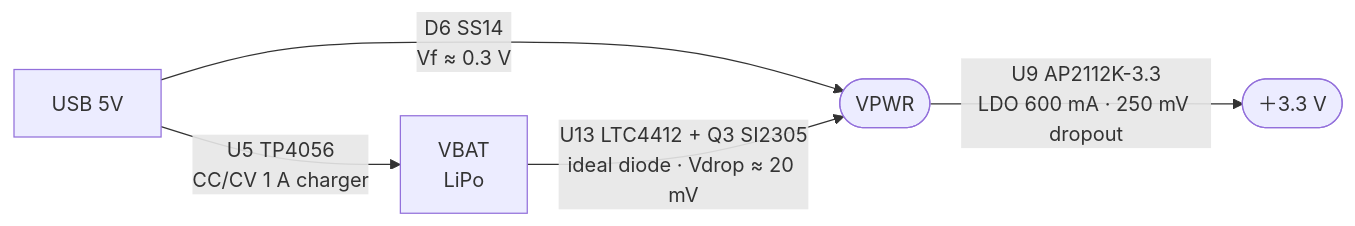
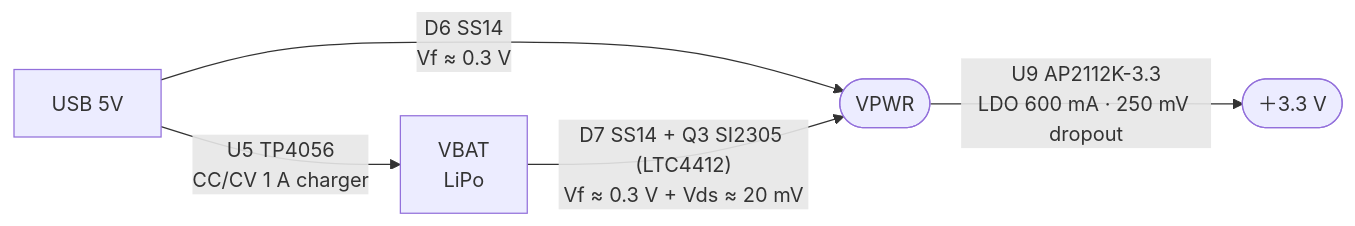
One commit to yvolodym/esp32-controller changed the third of 3 diagrams in CLAUDE.md. Above: the diagram before and after it, drawn with Mermaid. The commit also changed other lines of this file and 1 other file, not shown here.

````diff
--- a/CLAUDE.md
+++ b/CLAUDE.md
@@ -118,12 +124,12 @@
 ```mermaid
 graph LR
     USB["USB 5V"]
     VBAT["VBAT\nLiPo"]
     VPWR(["VPWR"])
     V33(["＋3.3 V"])
 
     USB  -->|"D6 SS14\nVf ≈ 0.3 V"| VPWR
-    VBAT -->|"U13 LTC4412 + Q3 SI2305\nideal diode · Vdrop ≈ 20 mV"| VPWR
+    VBAT -->|"D7 SS14 + Q3 SI2305 (LTC4412)\nVf ≈ 0.3 V + Vds ≈ 20 mV"| VPWR
     VPWR -->|"U9 AP2112K-3.3\nLDO 600 mA · 250 mV dropout"| V33
     USB  -->|"U5 TP4056\nCC/CV 1 A charger"| VBAT
 ```
````
